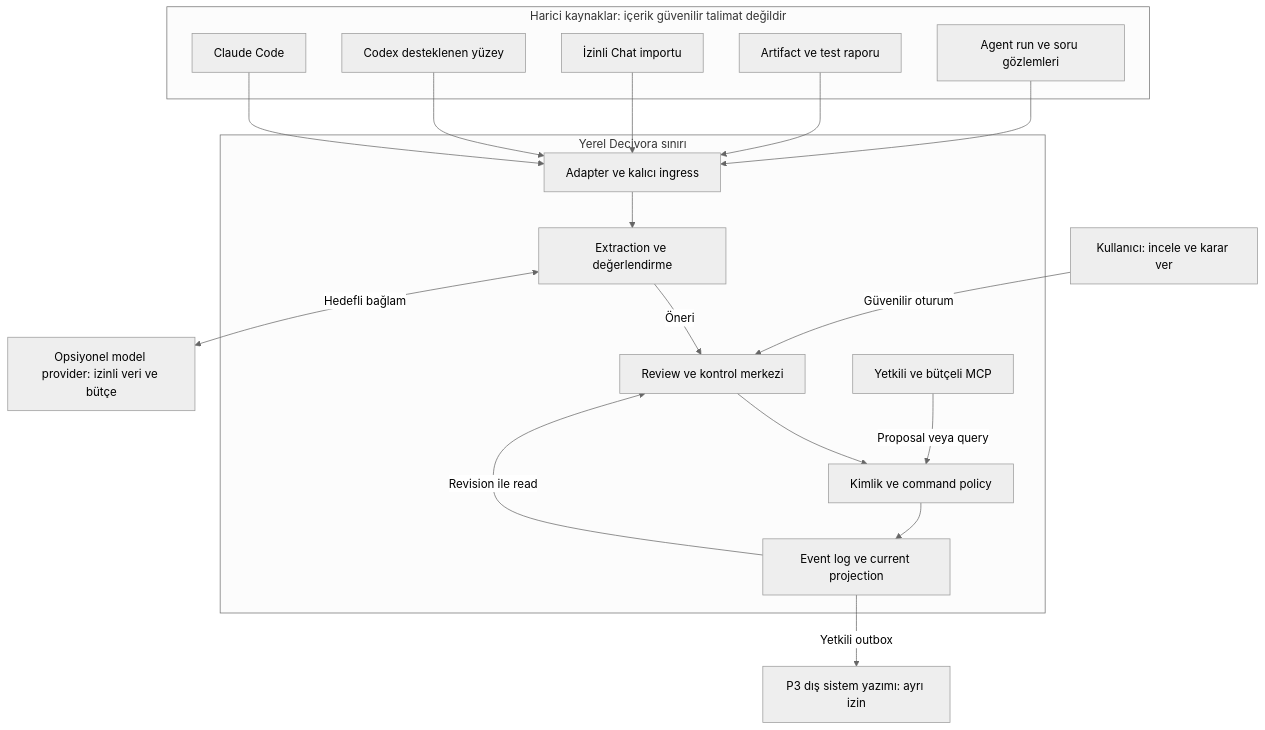
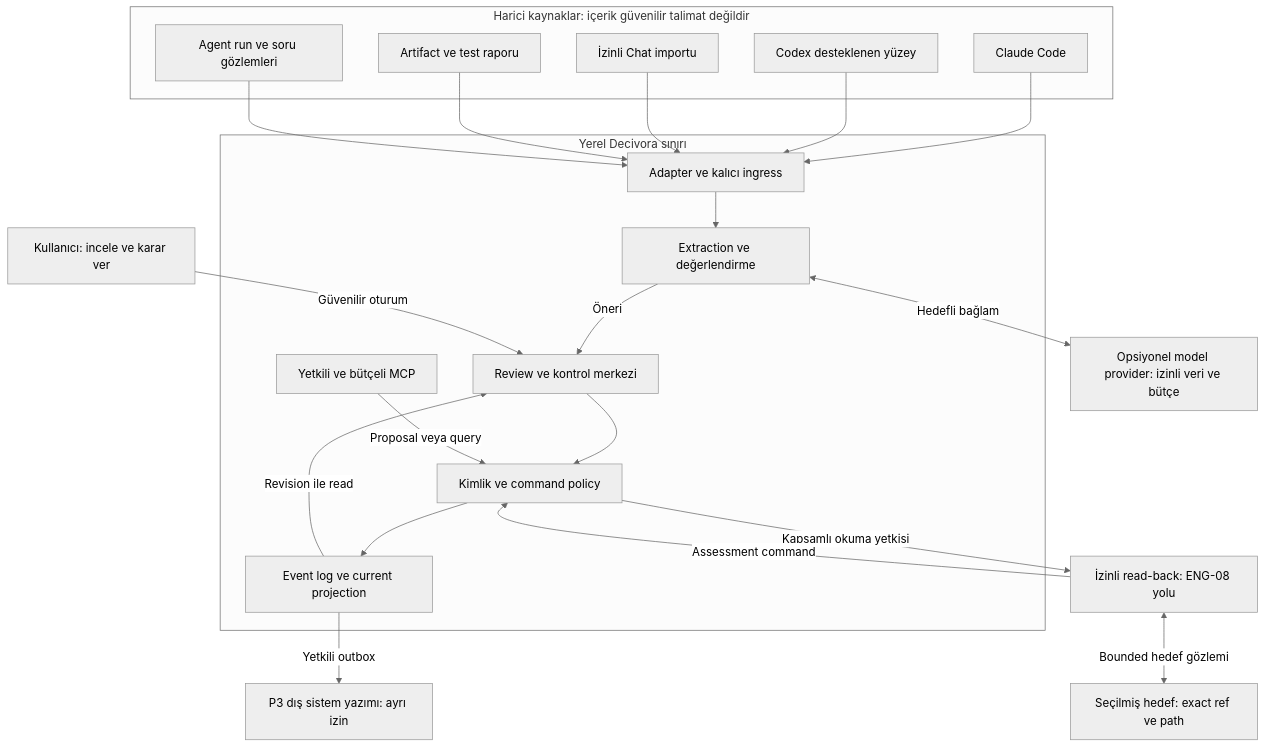
The first of 13 diagrams in docs/architecture/diagrams.md (alphanAkbulut/decivora), drawn with Mermaid (neutral theme) before and after one commit. The commit also changed other lines of this file and 41 other files, not shown here.

````diff
--- a/docs/architecture/diagrams.md
+++ b/docs/architecture/diagrams.md
@@ -9,35 +11,40 @@
 ```mermaid
 flowchart TB
     USER["Kullanıcı: incele ve karar ver"]
     subgraph SOURCES["Harici kaynaklar: içerik güvenilir talimat değildir"]
         CC[Claude Code]
         CX[Codex desteklenen yüzey]
         CHAT[İzinli Chat importu]
         ART[Artifact ve test raporu]
         AG[Agent run ve soru gözlemleri]
     end
     subgraph LOCAL["Yerel Decivora sınırı"]
         AD[Adapter ve kalıcı ingress]
         EN[Extraction ve değerlendirme]
         UI[Review ve kontrol merkezi]
         POLICY[Kimlik ve command policy]
         STORE[Event log ve current projection]
         MCP[Yetkili ve bütçeli MCP]
     end
     MODEL["Opsiyonel model provider: izinli veri ve bütçe"]
     EXT["P3 dış sistem yazımı: ayrı izin"]
+    TARGET["Seçilmiş hedef: exact ref ve path"]
+    RB["İzinli read-back: ENG-08 yolu"]
     CC --> AD
     CX --> AD
     CHAT --> AD
     ART --> AD
     AG --> AD
     AD --> EN
     EN -->|Öneri| UI
     USER -->|Güvenilir oturum| UI
     UI --> POLICY
     MCP -->|Proposal veya query| POLICY
     POLICY --> STORE
     STORE -->|Revision ile read| UI
     EN <-->|Hedefli bağlam| MODEL
     STORE -->|Yetkili outbox| EXT
+    POLICY -->|Kapsamlı okuma yetkisi| RB
+    RB <-->|Bounded hedef gözlemi| TARGET
+    RB -->|Assessment command| POLICY
 ```
````
